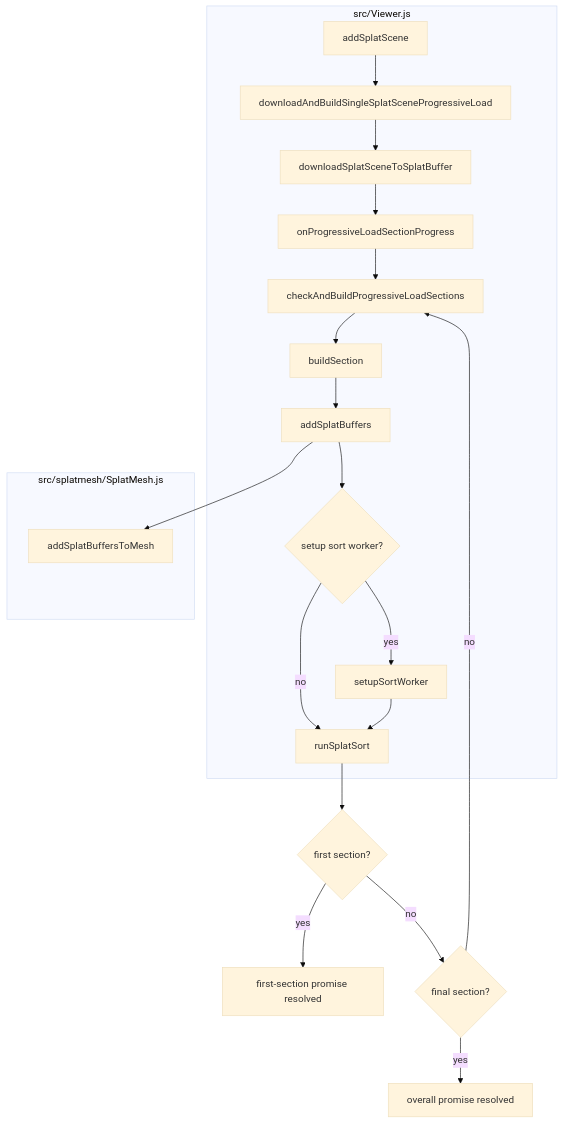
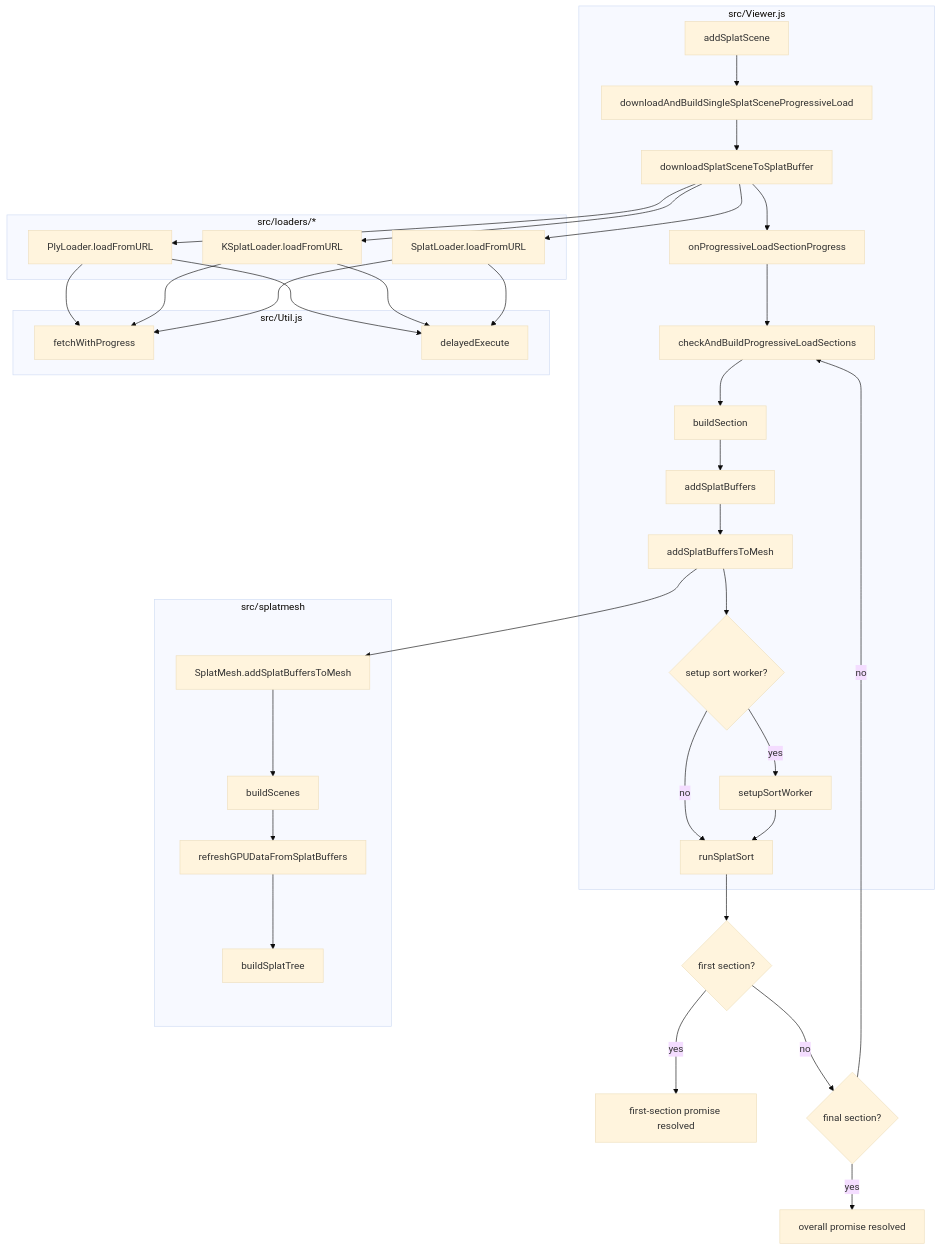
One commit to 3DGS-FLoD/flod-3dgs-demo changed the second of 2 diagrams in SCENE_LOADING_FLOW.md. Above: the diagram before and after it, drawn with Mermaid (base theme). The commit also changed other lines of this file, not shown here.

````diff
--- a/SCENE_LOADING_FLOW.md
+++ b/SCENE_LOADING_FLOW.md
@@ -139,24 +162,47 @@
 ```mermaid
 flowchart TD
   subgraph Viewer_js [src/Viewer.js]
     A[addSplatScene] --> B[downloadAndBuildSingleSplatSceneProgressiveLoad]
     B --> C[downloadSplatSceneToSplatBuffer]
     C --> D[onProgressiveLoadSectionProgress]
     D --> E[checkAndBuildProgressiveLoadSections]
     E --> F[buildSection]
     F --> G[addSplatBuffers]
-    G --> I{setup sort worker?}
+    G --> G1[addSplatBuffersToMesh]
+    G1 --> I{setup sort worker?}
     I -->|yes| J[setupSortWorker]
     I -->|no| K[runSplatSort]
     J --> K
   end
-  subgraph SplatMesh_js [src/splatmesh/SplatMesh.js]
-    H[addSplatBuffersToMesh]
+  subgraph Loaders [src/loaders/*]
+    L1[PlyLoader.loadFromURL]
+    L2[KSplatLoader.loadFromURL]
+    L3[SplatLoader.loadFromURL]
   end
-  G --> H
+  C --> L1
+  C --> L2
+  C --> L3
+  subgraph Util_js [src/Util.js]
+    U1[fetchWithProgress]
+    U2[delayedExecute]
+  end
+  L1 --> U1
+  L2 --> U1
+  L3 --> U1
+  L1 --> U2
+  L2 --> U2
+  L3 --> U2
+  subgraph SplatMesh_js [src/splatmesh]
+    SM1[SplatMesh.addSplatBuffersToMesh]
+    SM2[buildScenes]
+    SM3[refreshGPUDataFromSplatBuffers]
+    SM4[buildSplatTree]
+  end
+  G1 --> SM1
+  SM1 --> SM2 --> SM3 --> SM4
   K --> L{first section?}
   L -->|yes| M[first-section promise resolved]
   L -->|no| N{final section?}
   N -->|yes| O[overall promise resolved]
   N -->|no| E
 ```
````
